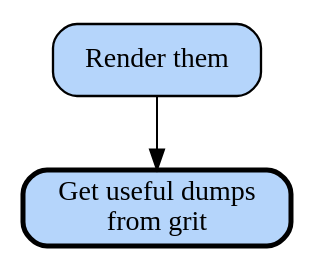
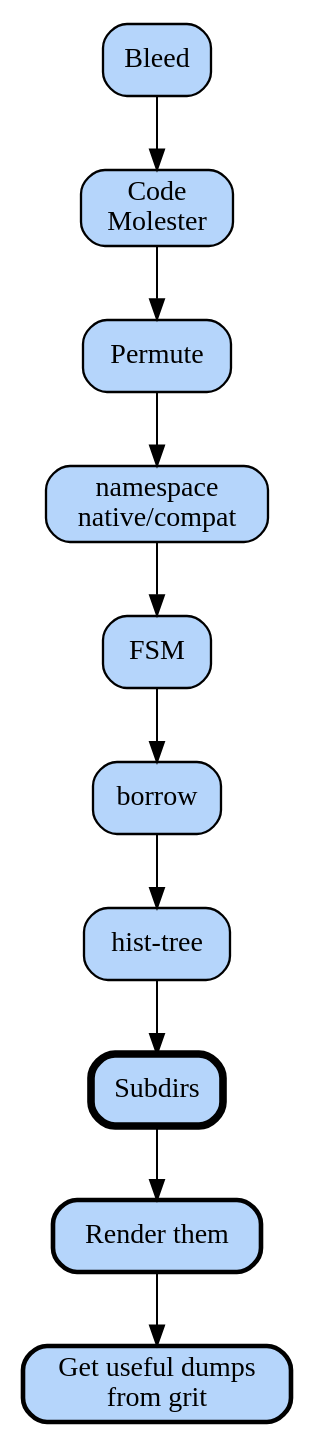
The diagram in lib/skylab/git-viz/doc/tangent-stack.gv (hipe/tmx), drawn with Graphviz before and after one commit. The commit also changed 8 other files, not shown here.

```diff
--- a/lib/skylab/git-viz/doc/tangent-stack.gv
+++ b/lib/skylab/git-viz/doc/tangent-stack.gv
@@ -1,7 +1,25 @@
 digraph {
 node [label="\N", style="filled", fillcolor="#b5d5fb", fontname="Futura", penwidth="1.1566", shape="Mrecord"];
 
-0.1 [label="Get useful dumps\nfrom grit", penwidth="2.5"];
-0.2 [label="Render them"];
-0.2 -> 0.1;
+blee [label="Bleed"]
+cm   [label="Code\nMolester"]
+perm [label="Permute"]
+ns   [label="namespace\nnative/compat"]
+fsm  [label="FSM"]
+borr [label="borrow"]
+hist [label="hist-tree"]
+subd [label="Subdirs", penwidth="3.8"]
+rt   [label="Render them", penwidth="2.3"]
+ud   [label="Get useful dumps\nfrom grit", penwidth="2.3"]
+
+rt   -> ud
+subd -> rt
+hist -> subd
+borr -> hist
+fsm  -> borr
+ns   -> fsm
+perm -> ns
+cm   -> perm
+blee -> cm
+
 }
```
